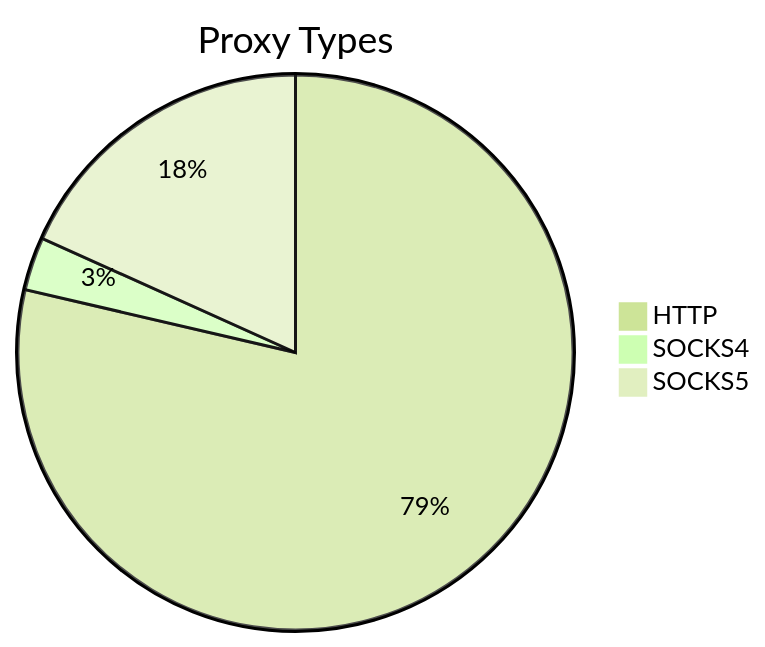
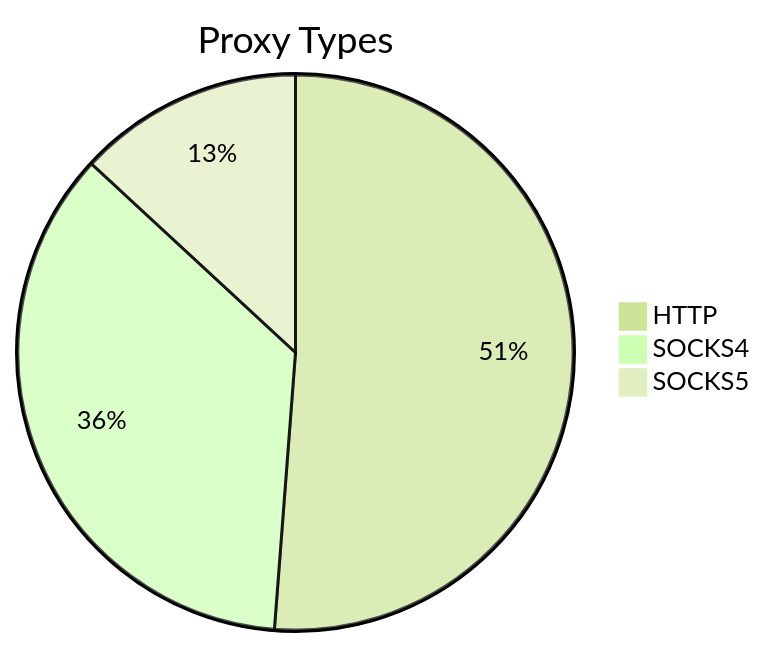
One commit to stormsia/proxy-list changed the first of 2 diagrams in README.md. Above: the diagram before and after it, drawn with Mermaid (forest theme). The commit also changed other lines of this file, not shown here.

````diff
--- a/README.md
+++ b/README.md
@@ -21,6 +21,6 @@
 ```mermaid
 pie title Proxy Types
-    "HTTP" : 254
-    "SOCKS4" : 10
-    "SOCKS5" : 59
+    "HTTP" : 402
+    "SOCKS4" : 280
+    "SOCKS5" : 103
 ```
````
